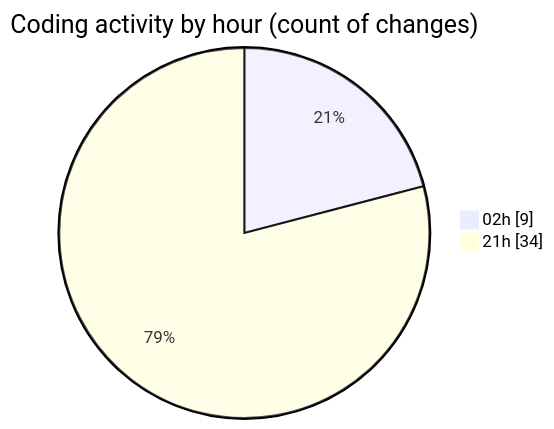
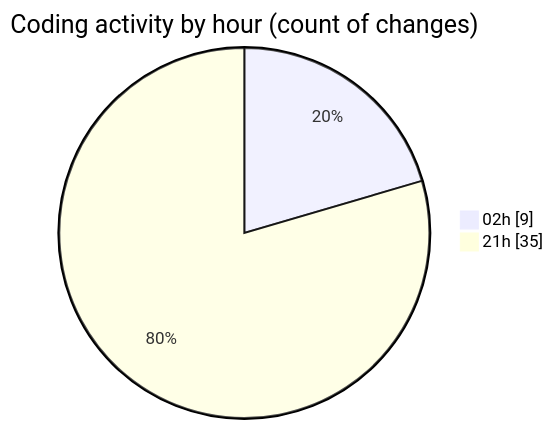
The second of 2 diagrams in 2026-02-22/student_performance_system/README.md (hasnaa123/code-tracking), drawn with Mermaid before and after one commit. The commit also changed other lines of this file and 1 other file, not shown here.

````diff
--- a/2026-02-22/student_performance_system/README.md
+++ b/2026-02-22/student_performance_system/README.md
@@ -28,6 +28,6 @@
 ```mermaid
 pie showData
 title Coding activity by hour (count of changes)
 "02h" : 9
-"21h" : 34
+"21h" : 35
 ```
````
